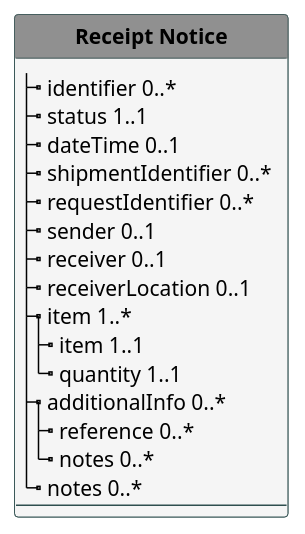
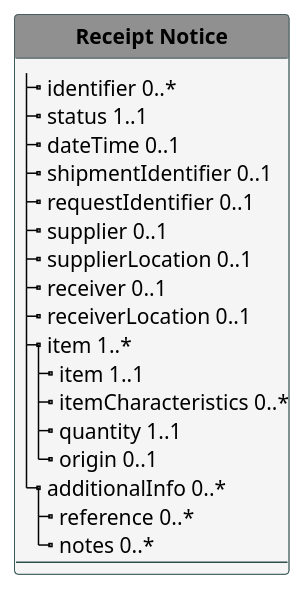
The diagram in input/images-source/model-receiptnotice.plantuml (IHE/pharm-supply), drawn with PlantUML before and after one commit. The commit also changed 13 other files, not shown here.

```diff
--- a/input/images-source/model-receiptnotice.plantuml
+++ b/input/images-source/model-receiptnotice.plantuml
@@ -1,42 +1,44 @@
 @startuml
 'skinparam linetype polyline
 'skinparam linetype ortho
 hide circle
 hide stereotype
 
 '!pragma layout smetana
 
 skinparam class<<MD>> {
  BorderColor DarkSlateGray
  BackgroundColor WhiteSmoke
  HeaderBackgroundColor #909090
 }
 
 skinparam class<<TM>> {
  BorderColor #505090
  BackgroundColor APPLICATION
  HeaderBackgroundColor SkyBlue
 }
 
 
     class "**Receipt Notice**"<<MD>> {
         |_ identifier 0..*
         |_ status 1..1
         |_ dateTime 0..1
-        |_ shipmentIdentifier 0..*   
-        |_ requestIdentifier 0..*
-        |_ sender 0..1
+        |_ shipmentIdentifier 0..1
+        |_ requestIdentifier 0..1
+        |_ supplier 0..1
+        |_ supplierLocation 0..1
         |_ receiver 0..1
         |_ receiverLocation 0..1
         |_ item 1..*
           |_ item 1..1
+          |_ itemCharacteristics 0..*
           |_ quantity 1..1
+          |_ origin 0..1
         |_ additionalInfo 0..*  
           |_ reference 0..*  
           |_ notes 0..*  
-        |_ notes 0..* 
         --
     }
 
 
 @enduml
```
